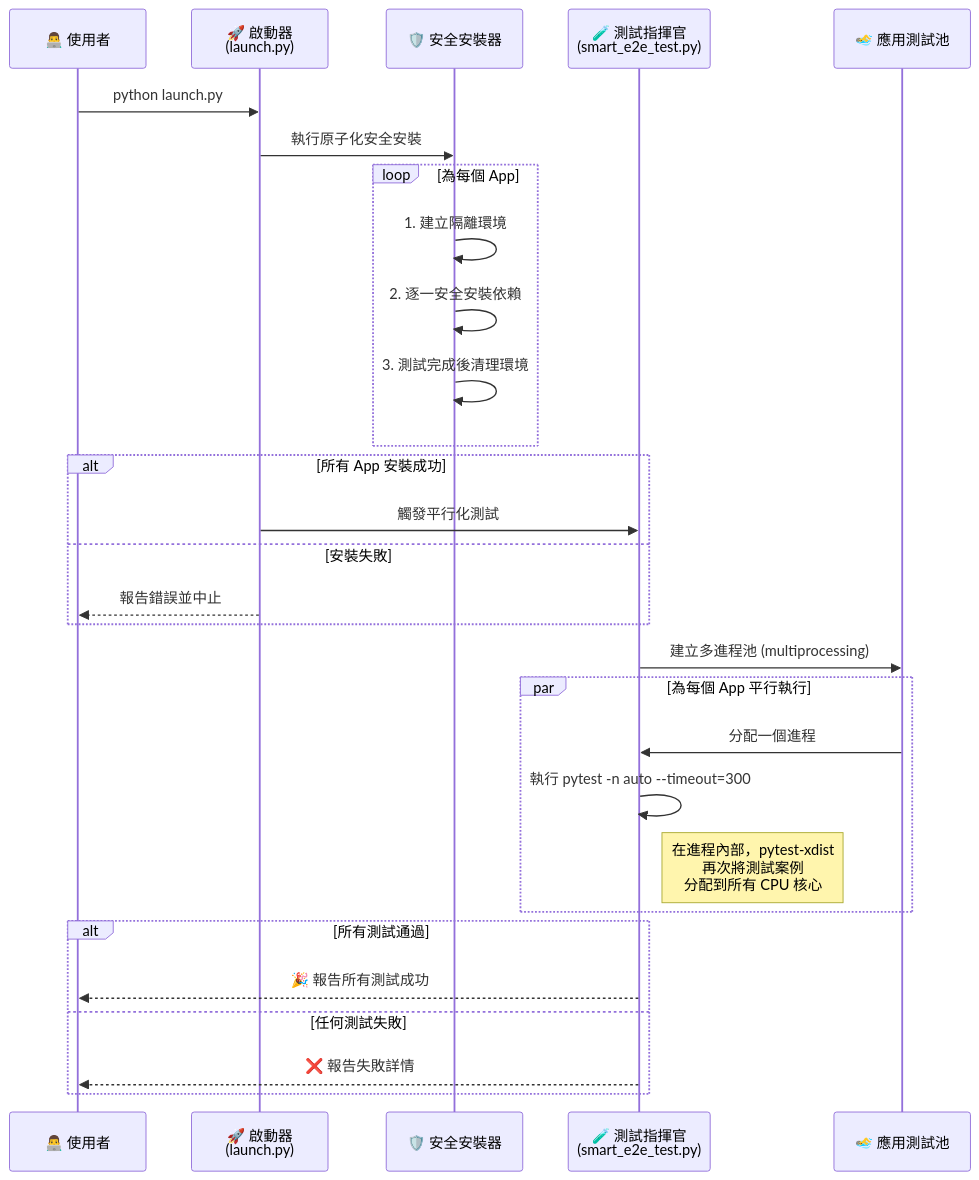
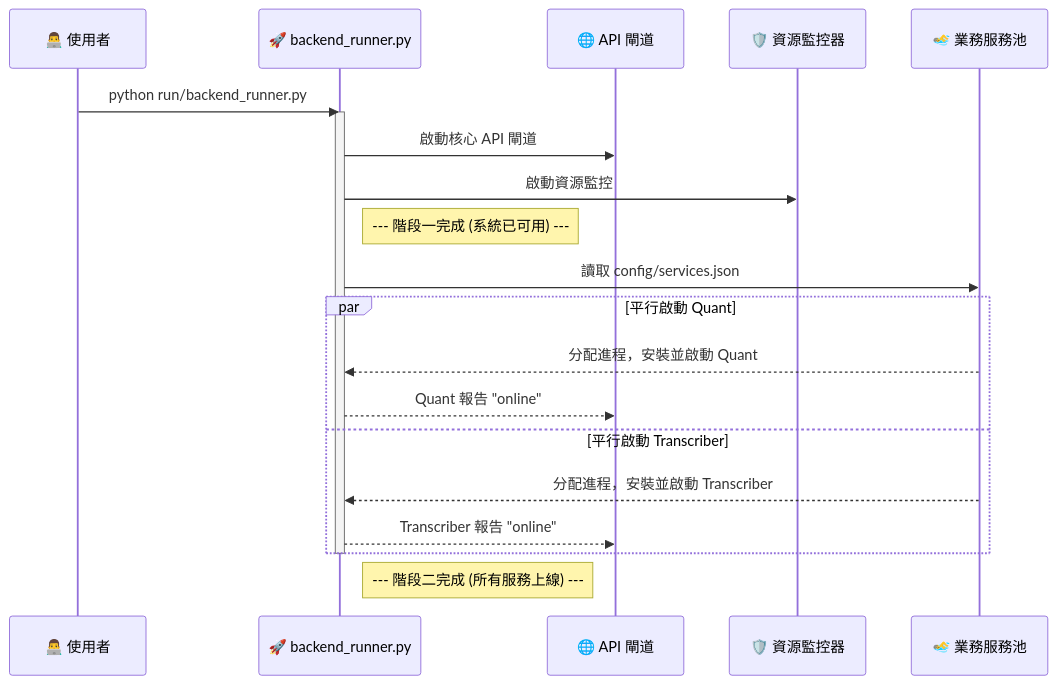
Before and after one commit to hsp1234-web/0721_web: the diagram in docs/ARCHITECTURE.md, drawn with Mermaid. The commit also changed other lines of this file and 13 other files, not shown here.

````diff
--- a/docs/ARCHITECTURE.md
+++ b/docs/ARCHITECTURE.md
@@ -140,38 +65,29 @@
 ```mermaid
 sequenceDiagram
     participant User as 👨‍💻 使用者
-    participant Starter as 🚀 啟動器<br>(launch.py)
-    participant SafeInstaller as 🛡️ 安全安裝器
-    participant TestCommander as 🧪 測試指揮官<br>(smart_e2e_test.py)
-    participant AppPool as 🏊‍♂️ 應用測試池
+    participant Runner as 🚀 backend_runner.py
+    participant APIGW as 🌐 API 閘道
+    participant Monitor as 🛡️ 資源監控器
+    participant ServicePool as 🏊‍♂️ 業務服務池
 
-    User->>Starter: python launch.py
+    User->>Runner: python run/backend_runner.py
 
-    Starter->>SafeInstaller: 執行原子化安全安裝
+    activate Runner
+    Runner->>APIGW: 啟動核心 API 閘道
+    Runner->>Monitor: 啟動資源監控
+    note right of Runner: --- 階段一完成 (系統已可用) ---
 
-    loop 為每個 App
-        SafeInstaller->>SafeInstaller: 1. 建立隔離環境
-        SafeInstaller->>SafeInstaller: 2. 逐一安全安裝依賴
-        SafeInstaller->>SafeInstaller: 3. 測試完成後清理環境
+    Runner->>ServicePool: 讀取 config/services.json
+
+    par 平行啟動 Quant
+        ServicePool-->>Runner: 分配進程，安裝並啟動 Quant
+        Runner-->>APIGW: Quant 報告 "online"
+    and 平行啟動 Transcriber
+        ServicePool-->>Runner: 分配進程，安裝並啟動 Transcriber
+        Runner-->>APIGW: Transcriber 報告 "online"
     end
 
-    alt 所有 App 安裝成功
-        Starter->>TestCommander: 觸發平行化測試
-    else 安裝失敗
-        Starter-->>User: 報告錯誤並中止
-    end
+    deactivate Runner
+    note right of Runner: --- 階段二完成 (所有服務上線) ---
 
-    TestCommander->>AppPool: 建立多進程池 (multiprocessing)
-
-    par 為每個 App 平行執行
-        AppPool->>TestCommander: 分配一個進程
-        TestCommander->>TestCommander: 執行 pytest -n auto --timeout=300
-        Note right of TestCommander: 在進程內部，pytest-xdist<br>再次將測試案例<br>分配到所有 CPU 核心
-    end
-
-    alt 所有測試通過
-        TestCommander-->>User: 🎉 報告所有測試成功
-    else 任何測試失敗
-        TestCommander-->>User: ❌ 報告失敗詳情
-    end
 ```
````
